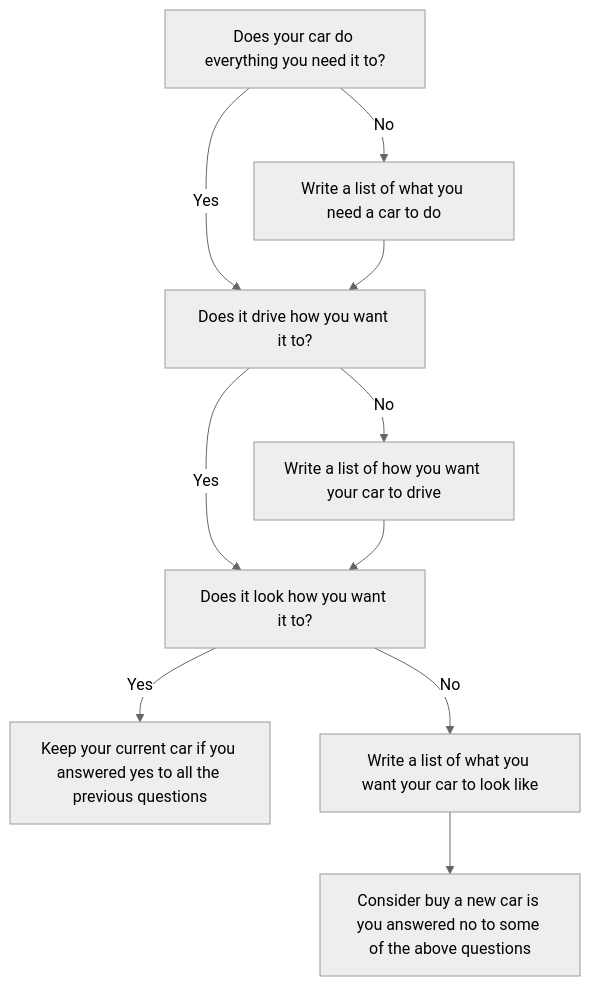
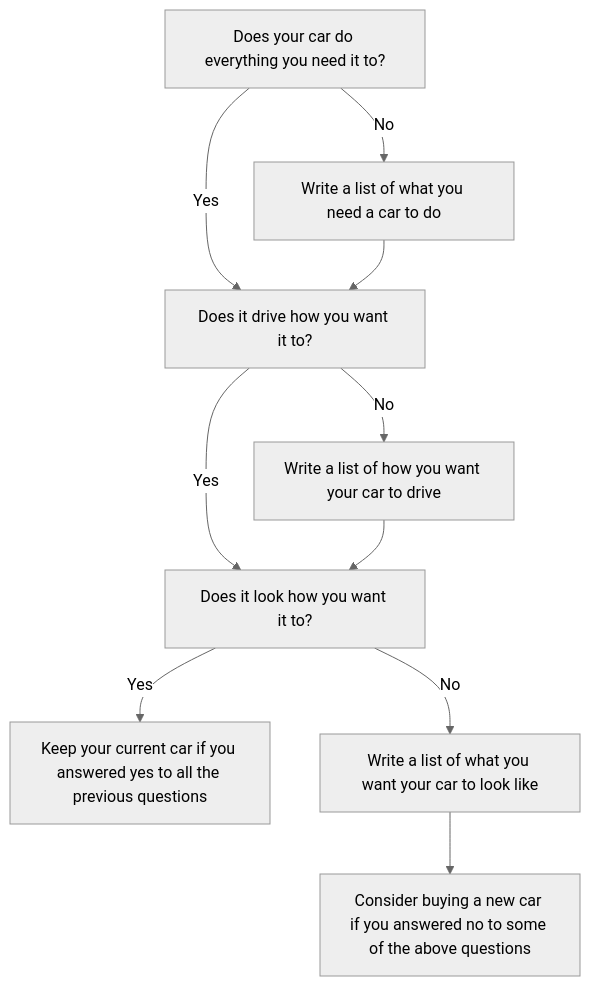
One commit to jessemillar/to-car-or-not-to-car changed the first of 7 diagrams in README.md. Above: the diagram before and after it, drawn with Mermaid (neutral theme). The commit also changed other lines of this file, not shown here.

Commit message:
Typo fix and better modding graph

````diff
--- a/README.md
+++ b/README.md
@@ -22,13 +22,13 @@
 ```mermaid
 flowchart TB
 carNeeds[Does your car do everything you need it to?]
     carNeeds-->|Yes| carDriving
     carNeeds-->|No| carNeedsResearch[Write a list of what you need a car to do] -->carDriving
 carDriving[Does it drive how you want it to?]
     carDriving-->|Yes| carLooks
     carDriving-->|No| carDrivingResearch[Write a list of how you want your car to drive] -->carLooks
 carLooks[Does it look how you want it to?]
     carLooks-->|Yes| keepCurrentCar[Keep your current car if you answered yes to all the previous questions]
     carLooks-->|No| carLooksResearch[Write a list of what you want your car to look like] -->considerNew
-considerNew[Consider buy a new car is you answered no to some of the above questions]
+considerNew[Consider buying a new car if you answered no to some of the above questions]
 ```
````
